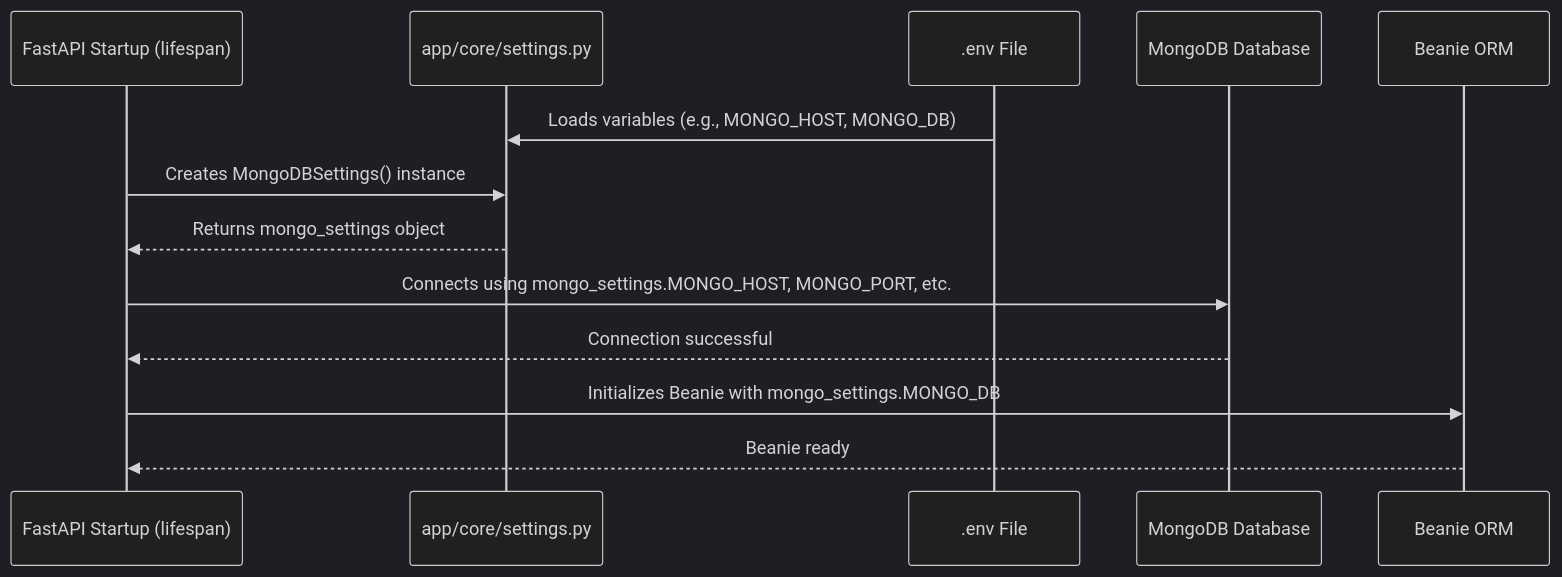
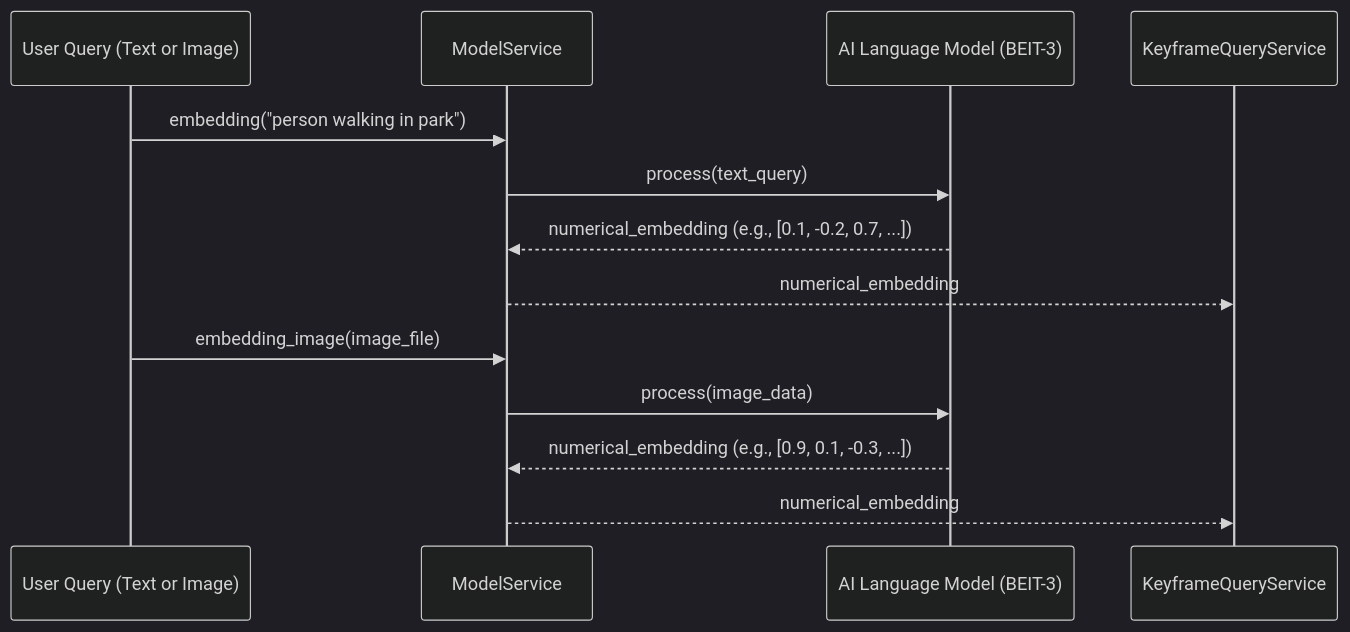
The first of 3 diagrams in Baseline documentations/HCMAI2025_Baseline/04_configuration___settings_.md (ThanhDanh1510/Image-Retrieval-System-for-AIC2025), drawn with Mermaid (dark theme) before and after one commit. The commit also changed other lines of this file, not shown here.

````diff
--- a/Baseline documentations/HCMAI2025_Baseline/04_configuration___settings_.md
+++ b/Baseline documentations/HCMAI2025_Baseline/04_configuration___settings_.md
@@ -173,16 +53,16 @@
 ```mermaid
 sequenceDiagram
-    participant Startup as FastAPI Startup (lifespan)
-    participant Settings as app/core/settings.py
-    participant EnvFile as .env File
-    participant MongoDB as MongoDB Database
-    participant Beanie as Beanie ORM
-    
-    EnvFile->>Settings: Loads variables (e.g., MONGO_HOST, MONGO_DB)
-    Startup->>Settings: Creates MongoDBSettings() instance
-    Settings-->>Startup: Returns mongo_settings object
-    Startup->>MongoDB: Connects using mongo_settings.MONGO_HOST, MONGO_PORT, etc.
-    MongoDB-->>Startup: Connection successful
-    Startup->>Beanie: Initializes Beanie with mongo_settings.MONGO_DB
-    Beanie-->>Startup: Beanie ready
+    participant User as User Query (Text or Image)
+    participant MS as ModelService
+    participant AI_Model as AI Language Model (BEIT-3)
+
+    User->>MS: embedding("person walking in park")
+    MS->>AI_Model: process(text_query)
+    AI_Model-->>MS: numerical_embedding (e.g., [0.1, -0.2, 0.7, ...])
+    MS-->>KeyframeQueryService: numerical_embedding
+
+    User->>MS: embedding_image(image_file)
+    MS->>AI_Model: process(image_data)
+    AI_Model-->>MS: numerical_embedding (e.g., [0.9, 0.1, -0.3, ...])
+    MS-->>KeyframeQueryService: numerical_embedding
 ```
````
